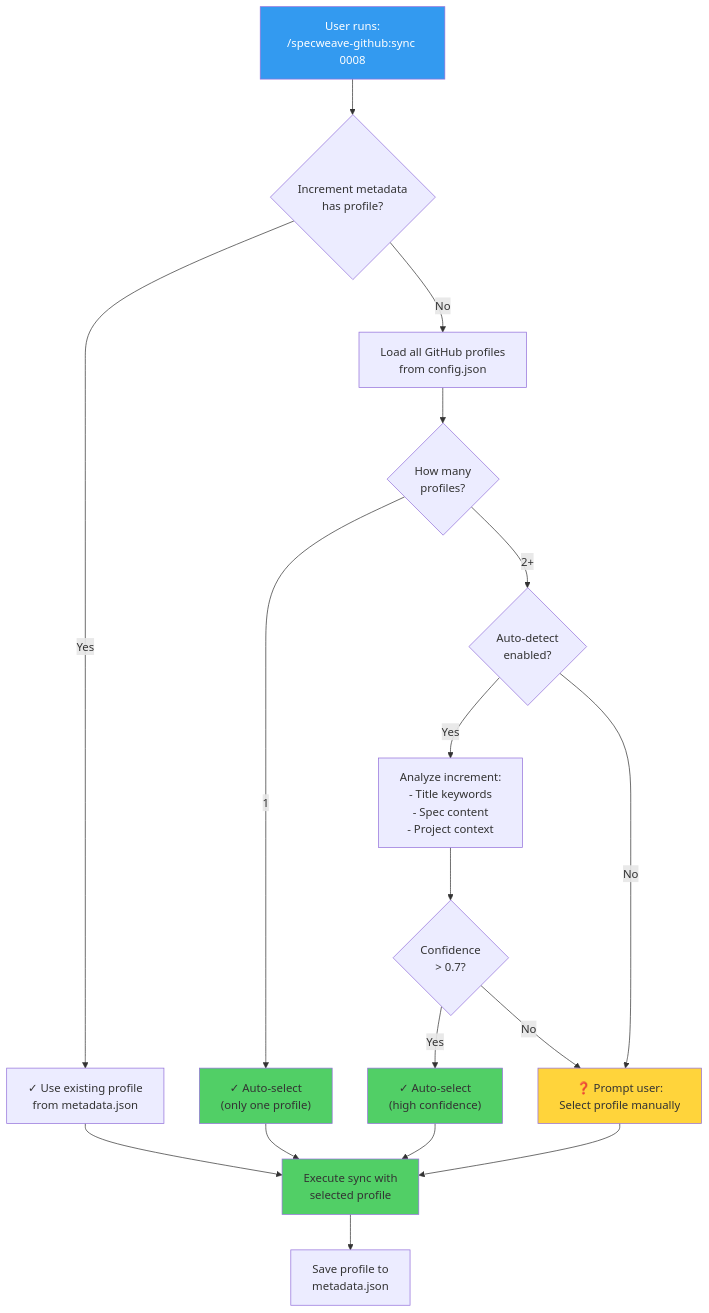
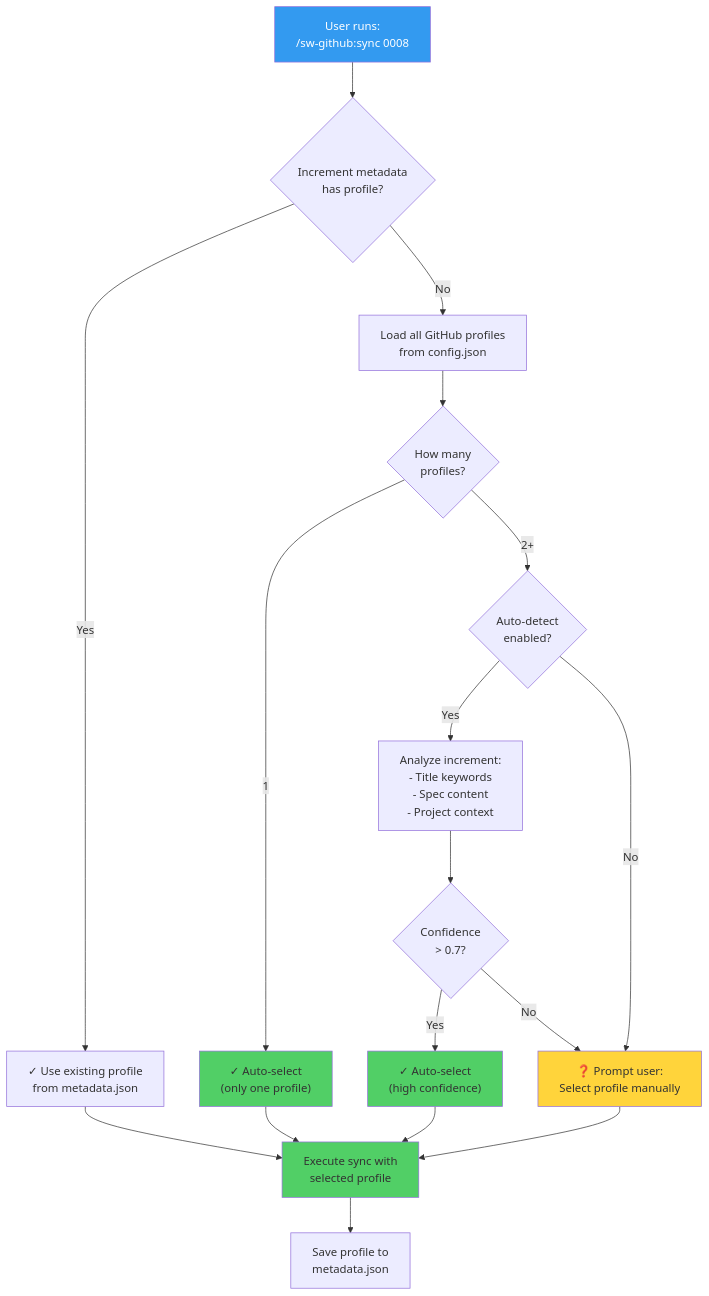
One commit to anton-abyzov/specweave changed the eighth of 10 diagrams in docs-site/docs/guides/multi-project-sync-architecture.md. Above: the diagram before and after it, drawn with Mermaid. The commit also changed other lines of this file and 116 other files, not shown here.

Commit message:
fix: polish docs after overhaul — fix broken sidebar refs, add diagrams, clean glossary

````diff
--- a/docs-site/docs/guides/multi-project-sync-architecture.md
+++ b/docs-site/docs/guides/multi-project-sync-architecture.md
@@ -864,56 +864,56 @@
 ```mermaid
 flowchart TD
-    START["User runs:<br/>/specweave-github:sync 0008"]
+    START["User runs:<br/>/sw-github:sync 0008"]
 
     CHECK_META{Increment metadata<br/>has profile?}
 
     USE_META["✓ Use existing profile<br/>from metadata.json"]
 
     LOAD_PROFILES["Load all GitHub profiles<br/>from config.json"]
 
     COUNT{How many<br/>profiles?}
 
     AUTO_ONE["✓ Auto-select<br/>(only one profile)"]
 
     DETECT{Auto-detect<br/>enabled?}
 
     ANALYZE["Analyze increment:<br/>- Title keywords<br/>- Spec content<br/>- Project context"]
 
     SCORE{Confidence<br/>> 0.7?}
 
     AUTO_MULTI["✓ Auto-select<br/>(high confidence)"]
 
     PROMPT["❓ Prompt user:<br/>Select profile manually"]
 
     SYNC["Execute sync with<br/>selected profile"]
 
     SAVE["Save profile to<br/>metadata.json"]
 
     START --> CHECK_META
     CHECK_META -->|Yes| USE_META
     CHECK_META -->|No| LOAD_PROFILES
 
     LOAD_PROFILES --> COUNT
     COUNT -->|1| AUTO_ONE
     COUNT -->|2+| DETECT
 
     DETECT -->|Yes| ANALYZE
     DETECT -->|No| PROMPT
 
     ANALYZE --> SCORE
     SCORE -->|Yes| AUTO_MULTI
     SCORE -->|No| PROMPT
 
     USE_META --> SYNC
     AUTO_ONE --> SYNC
     AUTO_MULTI --> SYNC
     PROMPT --> SYNC
 
     SYNC --> SAVE
 
     style START fill:#339af0,color:#fff
     style AUTO_ONE fill:#51cf66
     style AUTO_MULTI fill:#51cf66
     style PROMPT fill:#ffd43b
     style SYNC fill:#51cf66
 ```
````
